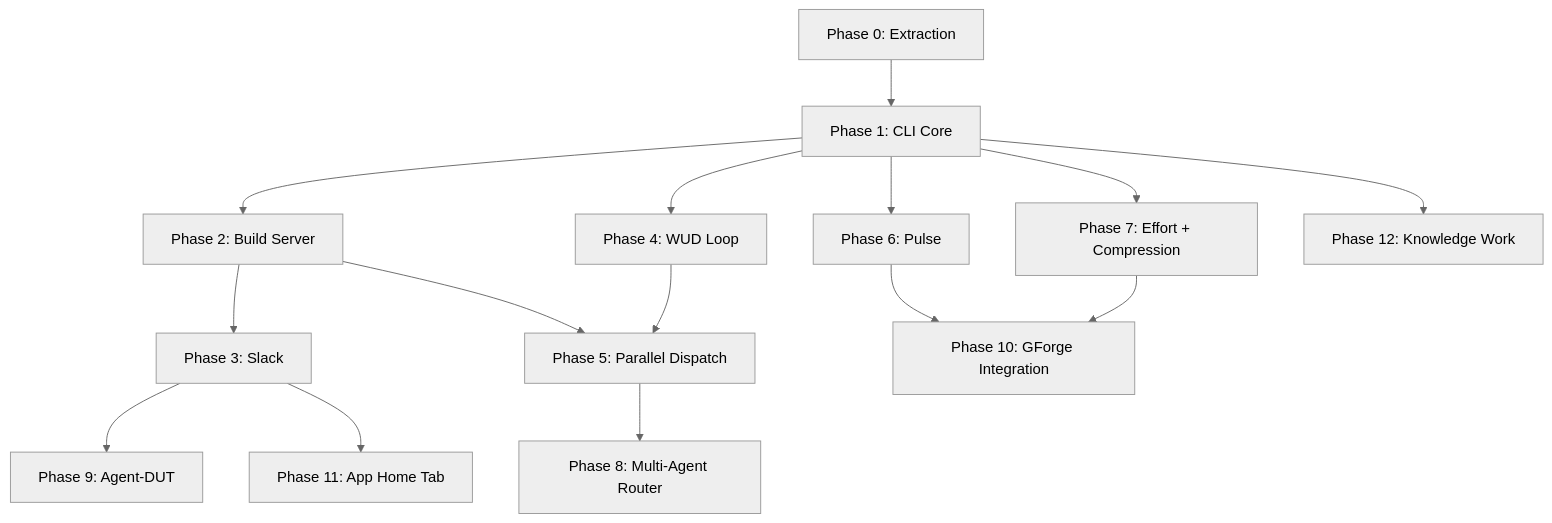
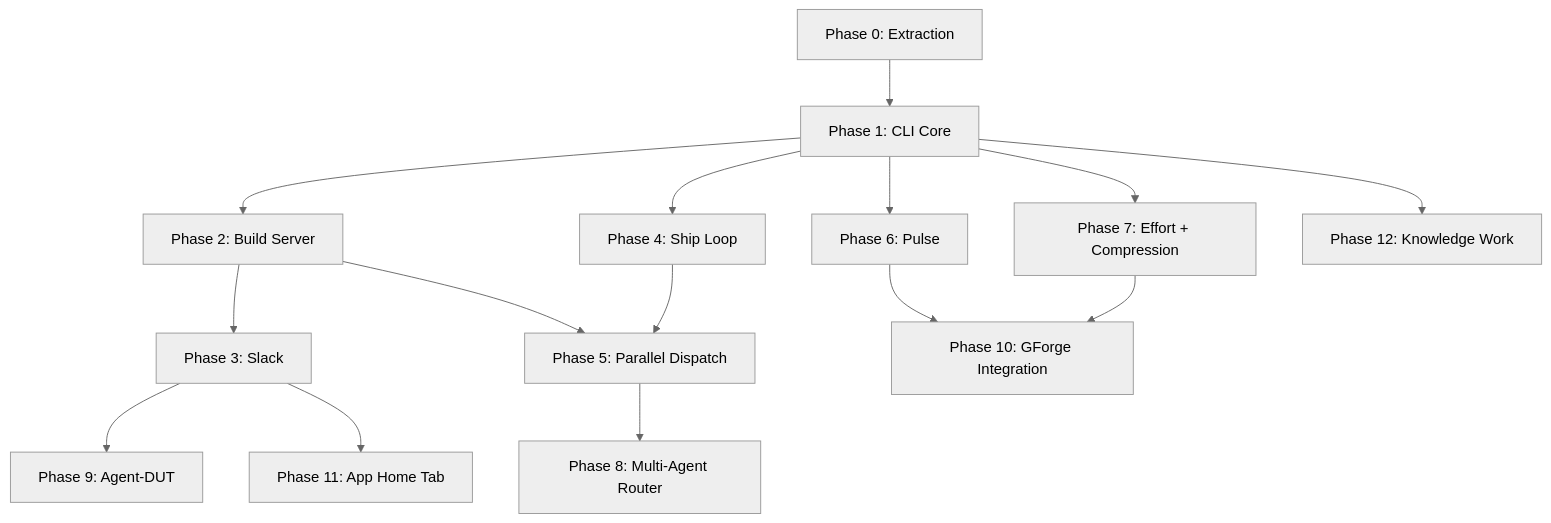
One commit to gforge-esc/gwrk changed the diagram in specs/000-build-plan.md. Above: the diagram before and after it, drawn with Mermaid (neutral theme). The commit also changed other lines of this file and 24 other files, not shown here.

````diff
--- a/specs/000-build-plan.md
+++ b/specs/000-build-plan.md
@@ -11,17 +11,17 @@
 ```mermaid
 graph TD
     P0[Phase 0: Extraction] --> P1[Phase 1: CLI Core]
     P1 --> P2[Phase 2: Build Server]
-    P1 --> P4[Phase 4: WUD Loop]
+    P1 --> P4[Phase 4: Ship Loop]
     P2 --> P3[Phase 3: Slack]
     P2 --> P5[Phase 5: Parallel Dispatch]
     P4 --> P5
     P1 --> P6[Phase 6: Pulse]
     P1 --> P7[Phase 7: Effort + Compression]
     P5 --> P8[Phase 8: Multi-Agent Router]
     P3 --> P9[Phase 9: Agent-DUT]
     P6 --> P10[Phase 10: GForge Integration]
     P7 --> P10
     P3 --> P11[Phase 11: App Home Tab]
     P1 --> P12[Phase 12: Knowledge Work]
 ```
````
